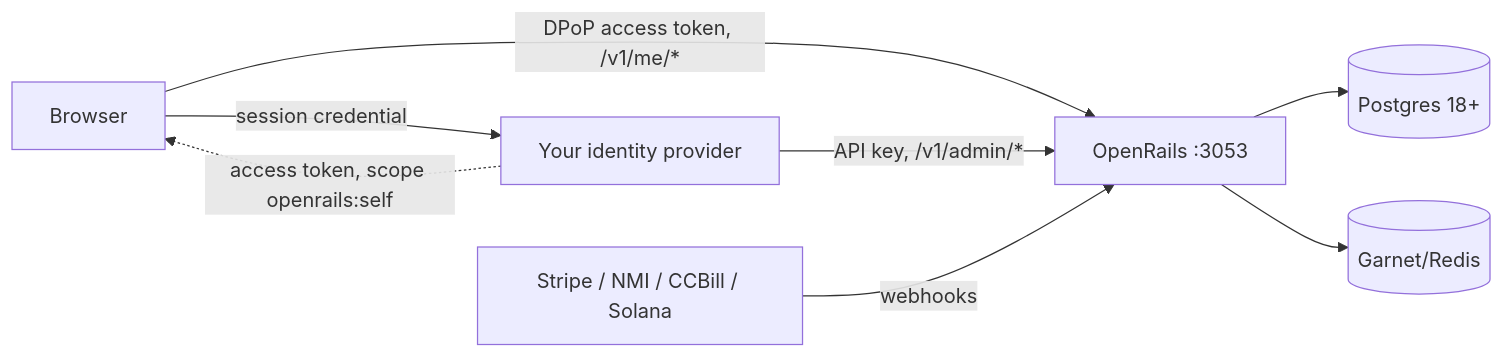
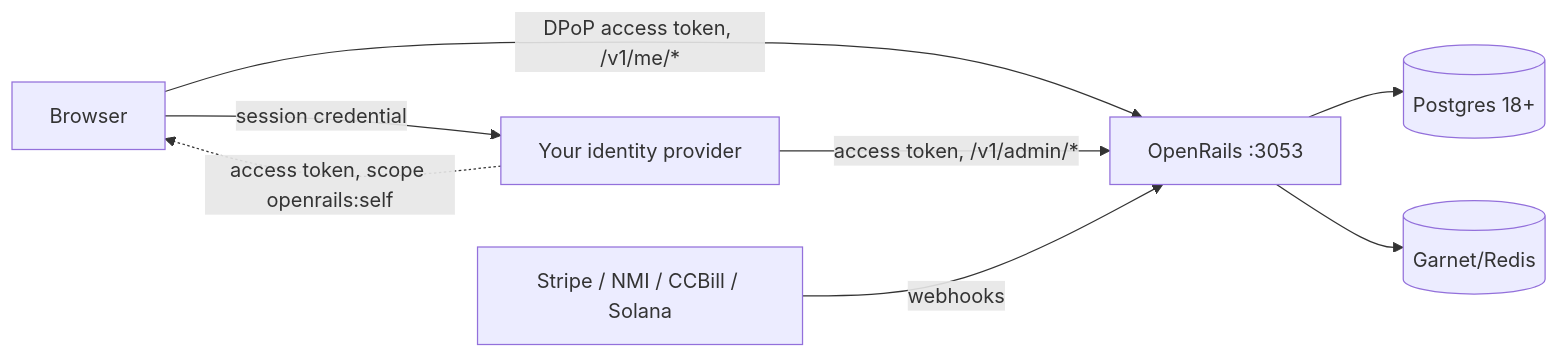
The diagram in docs/standalone-integration.md (open-rails/openrails), drawn with Mermaid before and after one commit. The commit also changed other lines of this file and 134 other files, not shown here.

````diff
--- a/docs/standalone-integration.md
+++ b/docs/standalone-integration.md
@@ -11,10 +11,10 @@
 ```mermaid
 flowchart LR
     B[Browser] -- session credential --> H[Your identity provider]
     H -. access token, scope openrails:self .-> B
     B -- DPoP access token, /v1/me/* --> OR[OpenRails :3053]
-    H -- API key, /v1/admin/* --> OR
+    H -- access token, /v1/admin/* --> OR
     OR --> PG[(Postgres 18+)]
     OR --> RD[(Garnet/Redis)]
     R[Stripe / NMI / CCBill / Solana] -- webhooks --> OR
 ```
````
